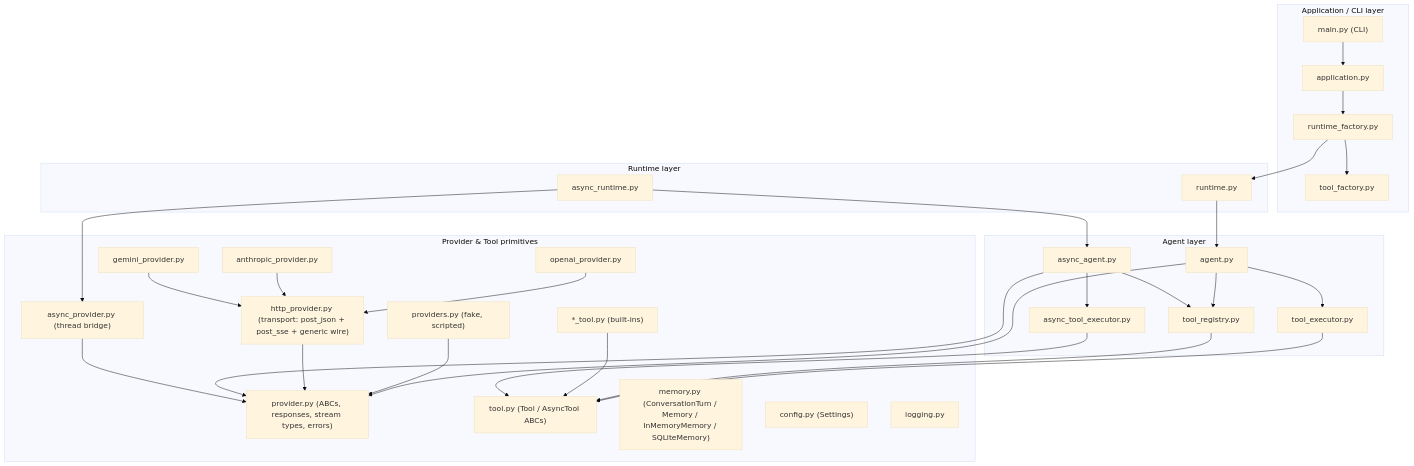
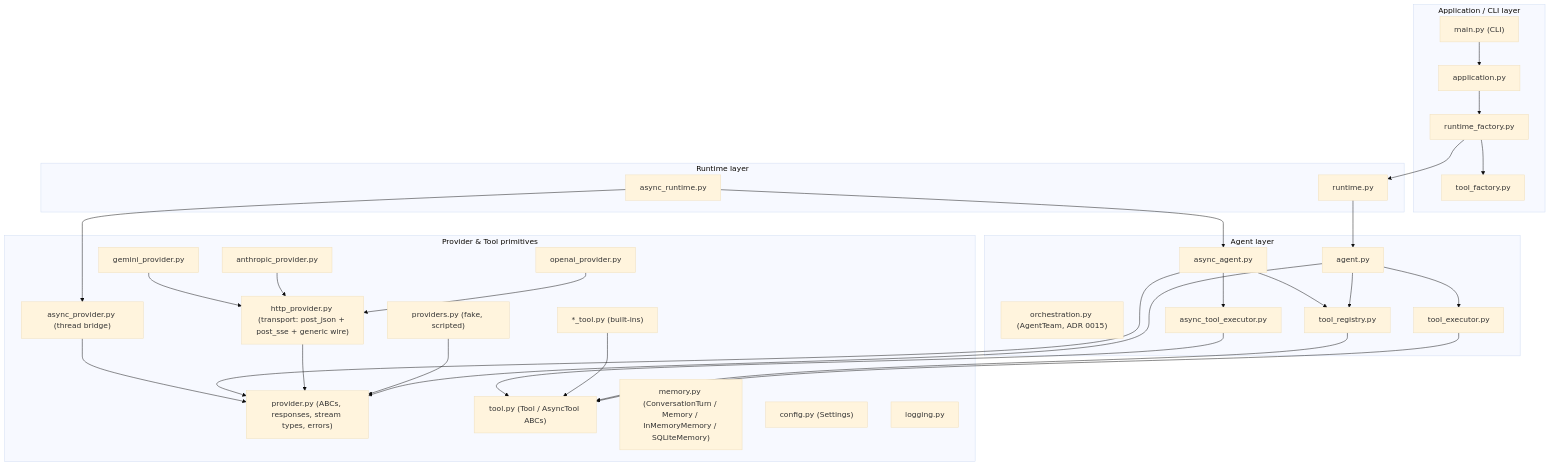
The diagram in docs/architecture.md (Abolfazlrwm/nexusagent), drawn with Mermaid (base theme) before and after one commit. The commit also changed other lines of this file and 3 other files, not shown here.

First line of the commit message:
docs: document multi-agent orchestration (ADR 0015, README, status)

````diff
--- a/docs/architecture.md
+++ b/docs/architecture.md
@@ -8,55 +8,56 @@
 ```mermaid
 flowchart TB
     subgraph L4["Application / CLI layer"]
         MAIN["main.py (CLI)"]
         APP["application.py"]
         RF["runtime_factory.py"]
         TF["tool_factory.py"]
     end
     subgraph L3["Runtime layer"]
         RT["runtime.py"]
         ART["async_runtime.py"]
     end
     subgraph L2["Agent layer"]
         AG["agent.py"]
         AAG["async_agent.py"]
+        ORC["orchestration.py (AgentTeam, ADR 0015)"]
         TE["tool_executor.py"]
         ATE["async_tool_executor.py"]
         TRG["tool_registry.py"]
     end
     subgraph L1["Provider & Tool primitives"]
         PR["provider.py (ABCs, responses, stream types, errors)"]
         APV["async_provider.py (thread bridge)"]
         PV["providers.py (fake, scripted)"]
         HP["http_provider.py (transport: post_json + post_sse + generic wire)"]
         OP["openai_provider.py"]
         ANP["anthropic_provider.py"]
         GNP["gemini_provider.py"]
         TL["tool.py (Tool / AsyncTool ABCs)"]
         MEM["memory.py (ConversationTurn / Memory / InMemoryMemory / SQLiteMemory)"]
         CT["*_tool.py (built-ins)"]
         CF["config.py (Settings)"]
         LG["logging.py"]
     end
     MAIN --> APP --> RF --> RT
     RF --> TF
     RT --> AG
     AG --> TE
     AG --> TRG
     AG --> PR
     TE --> TL
     TRG --> TL
     PV --> PR
     HP --> PR
     OP --> HP
     ANP --> HP
     GNP --> HP
     CT --> TL
     ART --> AAG
     AAG --> ATE
     AAG --> TRG
     AAG --> PR
     ATE --> TL
     ART --> APV
     APV --> PR
 ```
````
